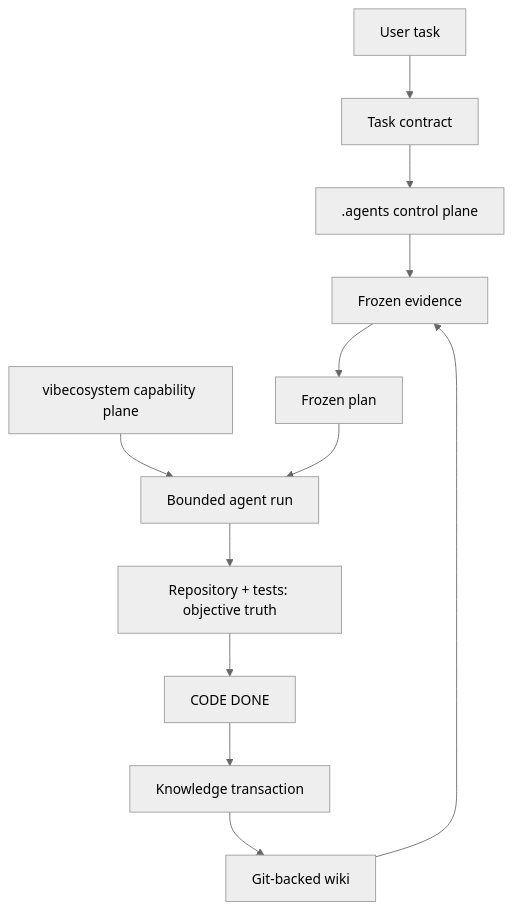
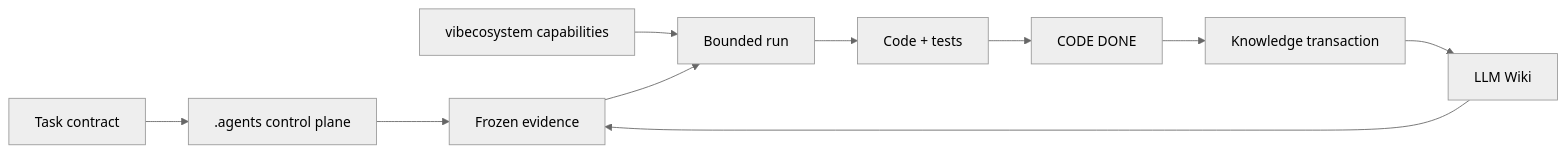
Before and after one commit to furkansarikaya/deterministic-agent-workflow-example: the diagram in README.md, drawn with Mermaid (neutral theme). The commit also changed other lines of this file and 38 other files, not shown here.

````diff
--- a/README.md
+++ b/README.md
@@ -5,11 +5,11 @@
 ```mermaid
-flowchart TD
-  U[User task] --> T[Task contract]
-  T --> C[.agents control plane]
-  V[vibecosystem capability plane] --> R[Bounded agent run]
-  W[Git-backed wiki] --> E[Frozen evidence]
-  C --> E --> P[Frozen plan] --> R
-  R --> O[Repository + tests: objective truth]
-  O --> D[CODE DONE] --> K[Knowledge transaction]
+flowchart LR
+  T[Task contract] --> C[.agents control plane]
+  V[vibecosystem capabilities] --> R[Bounded run]
+  W[LLM Wiki] --> E[Frozen evidence]
+  C --> E --> R
+  R --> O[Code + tests]
+  O --> D[CODE DONE]
+  D --> K[Knowledge transaction]
   K --> W
 ```
````
